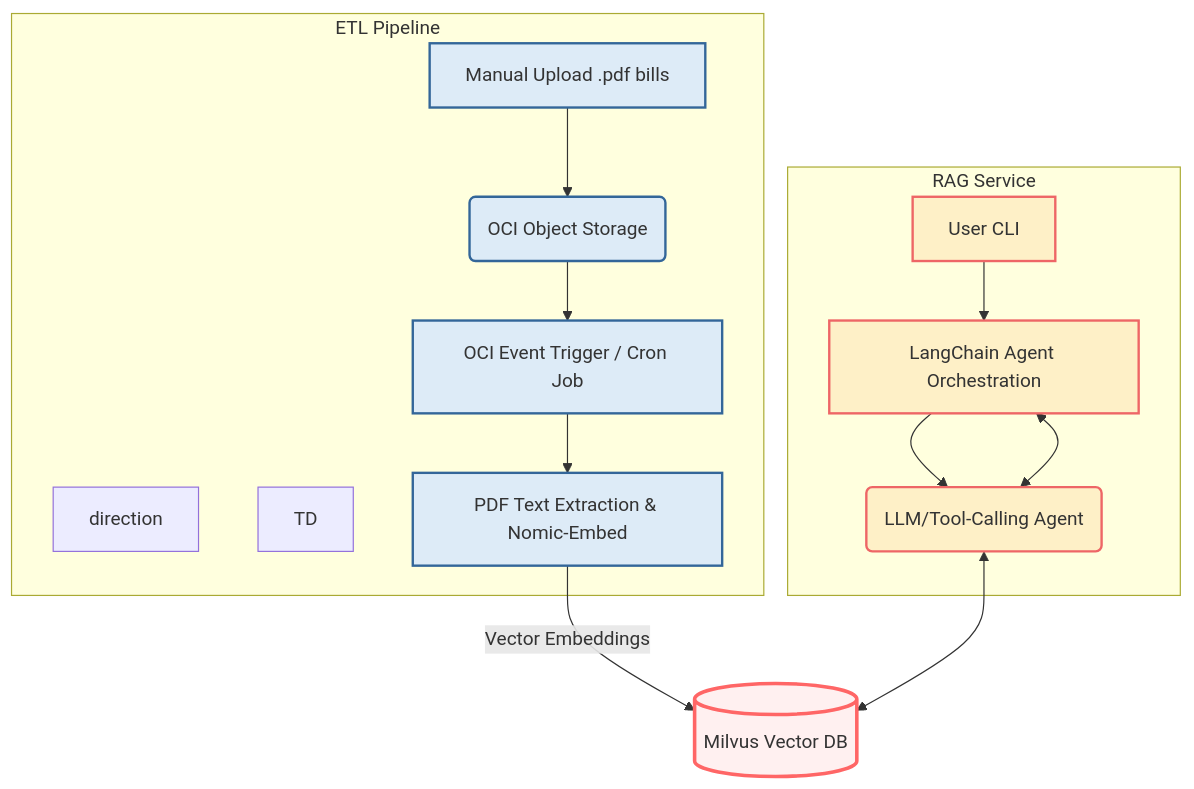
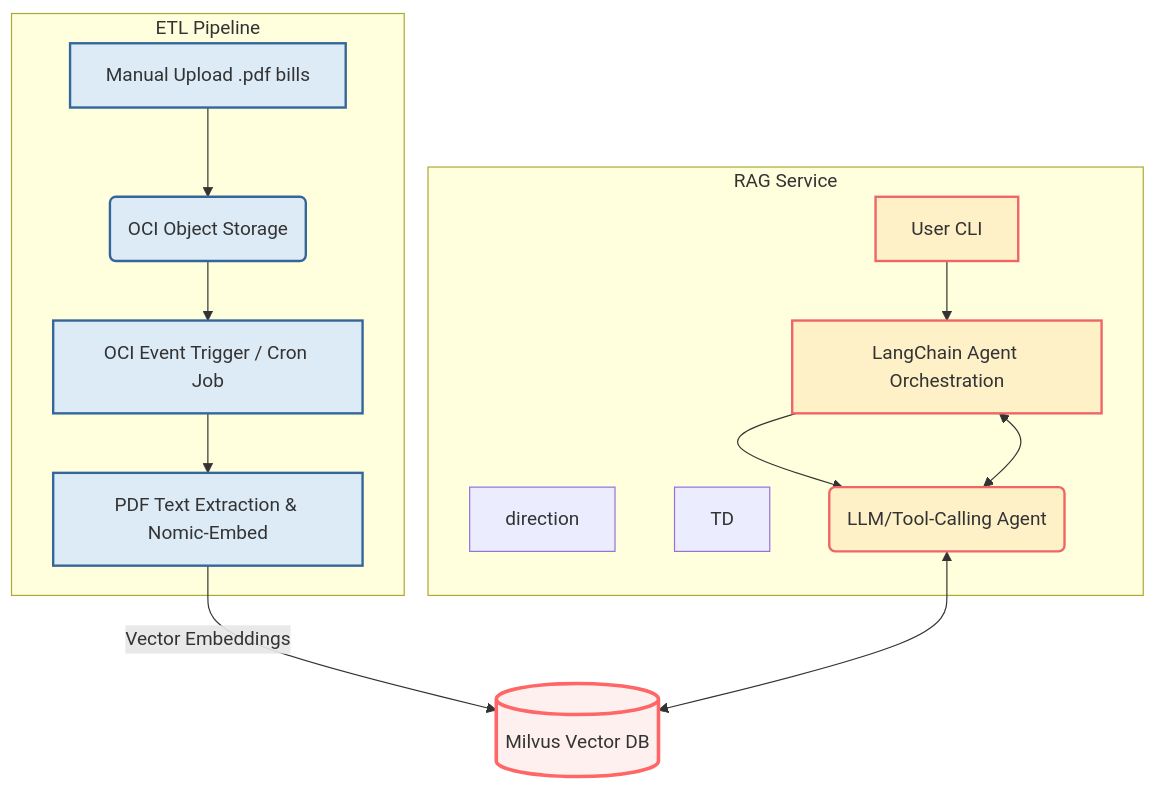
The diagram in README.md (Alvan-Dmello/Intelligent-Utility-Bill-RAG), drawn with Mermaid before and after one commit.

````diff
--- a/README.md
+++ b/README.md
@@ -29,43 +29,42 @@
 ```mermaid
 
 graph TB;
 
 classDef etl fill:#DDEBF7,stroke:#369,stroke-width:2px;
 classDef rag fill:#FEF0C7,stroke:#E66,stroke-width:2px;
 classDef db fill:#FFF0F0,stroke:#F66,stroke-width:3px;
 classDef interface fill:#E6FFED,stroke:#0A0;
 
 %% Define the external Milvus Vector DB first
 E[(Milvus Vector DB)]:::db;
 
 %% 1. Define ETL Pipeline (to appear on the LEFT)
 subgraph ETL Pipeline
-direction ; TD 
 A[Manual Upload .pdf bills]:::interface
 B(OCI Object Storage)
 C[OCI Event Trigger / Cron Job]
 D[PDF Text Extraction & Nomic-Embed]
 
 A --> B --> C --> D;
 class A,B,C,D etl
 end
 
 %% 2. Define RAG Service (to appear on the RIGHT)
 subgraph RAG Service
 direction ; TD; 
 F[User CLI]:::interface
 I[LangChain Agent Orchestration]
 H(LLM/Tool-Calling Agent)
 
 F --> I;
 I --> H;
 H <--> I; 
 class F,I,H rag
 end
 
 
 D -- Vector Embeddings --> E;
 
 H <--> E;
 
 ```
````
